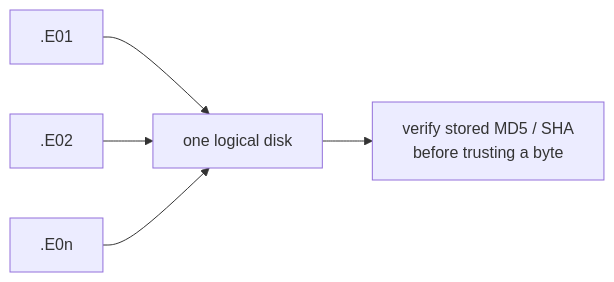
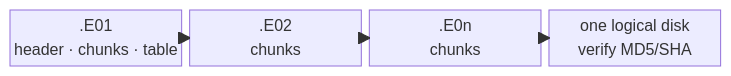
Diagram 15 of 52 in docs/workshop-3hr/gamma-script.md (jwu29/issen), drawn with Mermaid before and after one commit. The commit also changed other lines of this file, not shown here.

First line of the commit message:
docs(workshop): data-structure diagrams for structure cards (paper idiom)

````diff
--- a/docs/workshop-3hr/gamma-script.md
+++ b/docs/workshop-3hr/gamma-script.md
@@ -370,7 +370,8 @@
 ```mermaid
-flowchart LR
-  S1[".E01"] --> D["one logical disk"]
-  S2[".E02"] --> D
-  S3[".E0n"] --> D
-  D --> V["verify stored MD5 / SHA<br/>before trusting a byte"]
+block-beta
+  columns 4
+  s1[".E01<br/>header · chunks · table"] s2[".E02<br/>chunks"] s3[".E0n<br/>chunks"] d["one logical disk<br/>verify MD5/SHA"]
+  s1 --> s2
+  s2 --> s3
+  s3 --> d
 ```
````
